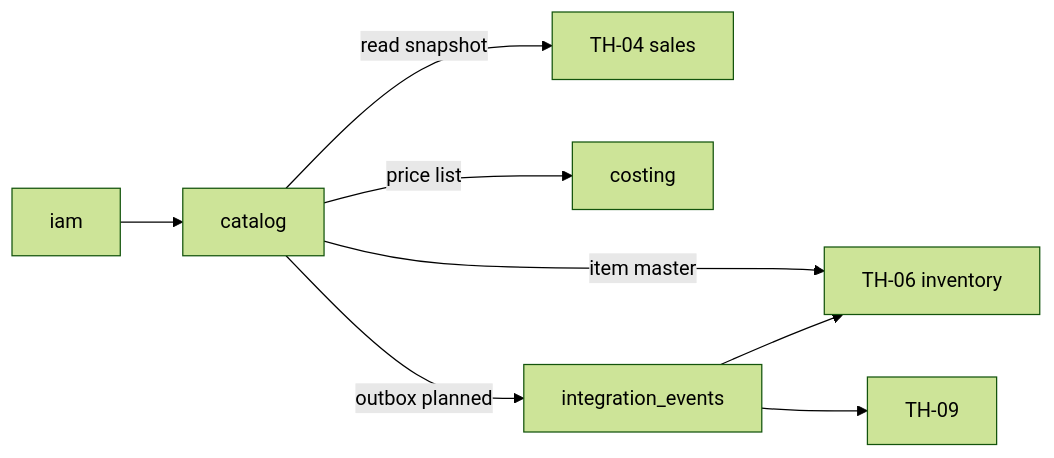
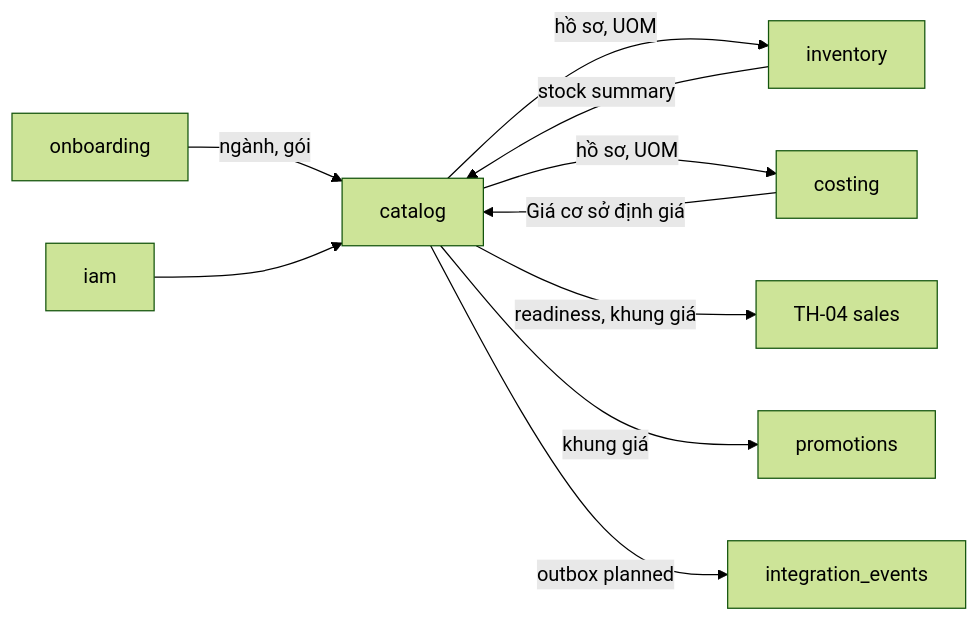
One commit to DsChien102/erp-sales-inventory changed the diagram in docs/themes/TH-02-product-pricing/02-module-map.md. Above: the diagram before and after it, drawn with Mermaid (forest theme). The commit also changed other lines of this file and 169 other files, not shown here.

````diff
--- a/docs/themes/TH-02-product-pricing/02-module-map.md
+++ b/docs/themes/TH-02-product-pricing/02-module-map.md
@@ -23,10 +23,12 @@
 ```mermaid
 flowchart LR
-  Catalog[catalog] -->|read snapshot| Sales[TH-04 sales]
-  Catalog -->|item master| Inventory[TH-06 inventory]
-  Catalog -->|price list| Costing[costing]
+  Onboarding[onboarding] -->|ngành, gói| Catalog[catalog]
+  Catalog -->|hồ sơ, UOM| Inventory[inventory]
+  Inventory -->|stock summary| Catalog
+  Catalog -->|hồ sơ, UOM| Costing[costing]
+  Costing -->|Giá cơ sở định giá| Catalog
+  Catalog -->|readiness, khung giá| Sales[TH-04 sales]
+  Catalog -->|khung giá| Promotions[promotions]
   IAM[iam] --> Catalog
   Catalog -->|outbox planned| Events[integration_events]
-  Events --> Inventory
-  Events --> Reporting[TH-09]
 ```
````
